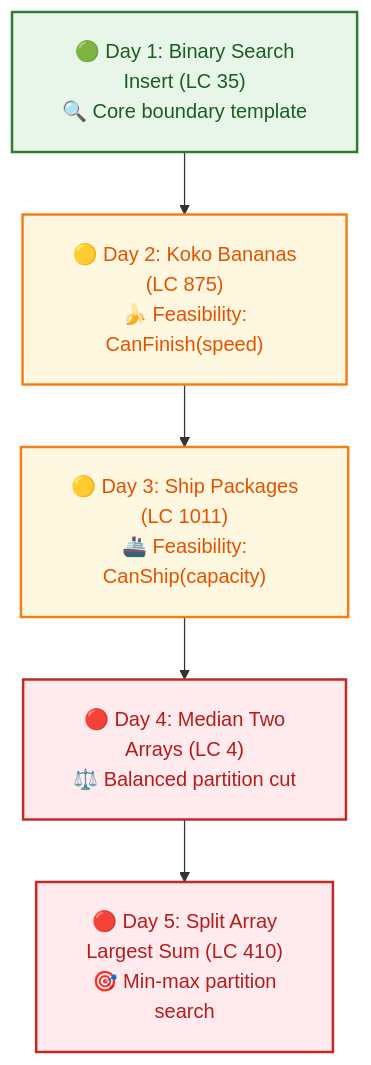
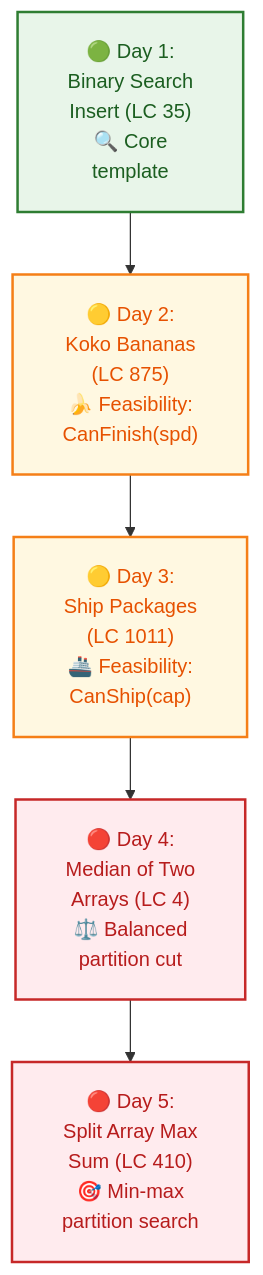
One commit to dip4k/DSA_102 changed the fifth of 19 diagrams in Senior_dsa_question_list.md. Above: the diagram before and after it, drawn with Mermaid. The commit also changed other lines of this file and 106 other files, not shown here.

First line of the commit message:
fix(mermaid): prevent text clipping with foreignObject overflow and tighter line wrapping

````diff
--- a/Senior_dsa_question_list.md
+++ b/Senior_dsa_question_list.md
@@ -196,15 +196,15 @@
 ```mermaid
-%%{init: {"flowchart": {"htmlLabels": true, "padding": 20}}}%%
+%%{init: {"flowchart": {"htmlLabels": true, "padding": 20}, "themeCSS": "foreignObject { overflow: visible !important; }"}}%%
 flowchart TD
     classDef startNode fill:#e8f5e9,stroke:#2e7d32,stroke-width:2px,color:#1b5e20
     classDef midNode fill:#fff8e1,stroke:#f57f17,stroke-width:2px,color:#e65100
     classDef hardNode fill:#ffebee,stroke:#c62828,stroke-width:2px,color:#b71c1c
 
-    A["🟢 Day 1: Binary Search<br/>Insert (LC 35)<br/>🔍 Core boundary template"]:::startNode
-    B["🟡 Day 2: Koko Bananas<br/>(LC 875)<br/>🍌 Feasibility:<br/>CanFinish(speed)"]:::midNode
-    C["🟡 Day 3: Ship Packages<br/>(LC 1011)<br/>🚢 Feasibility:<br/>CanShip(capacity)"]:::midNode
-    D["🔴 Day 4: Median Two<br/>Arrays (LC 4)<br/>⚖️ Balanced partition cut"]:::hardNode
-    E["🔴 Day 5: Split Array<br/>Largest Sum (LC 410)<br/>🎯 Min-max partition<br/>search"]:::hardNode
+    A["🟢 Day 1:<br/>Binary Search<br/>Insert (LC 35)<br/>🔍 Core<br/>template"]:::startNode
+    B["🟡 Day 2:<br/>Koko Bananas<br/>(LC 875)<br/>🍌 Feasibility:<br/>CanFinish(spd)"]:::midNode
+    C["🟡 Day 3:<br/>Ship Packages<br/>(LC 1011)<br/>🚢 Feasibility:<br/>CanShip(cap)"]:::midNode
+    D["🔴 Day 4:<br/>Median of Two<br/>Arrays (LC 4)<br/>⚖️ Balanced<br/>partition cut"]:::hardNode
+    E["🔴 Day 5:<br/>Split Array Max<br/>Sum (LC 410)<br/>🎯 Min-max<br/>partition search"]:::hardNode
 
     A --> B --> C --> D --> E
 ```
````
